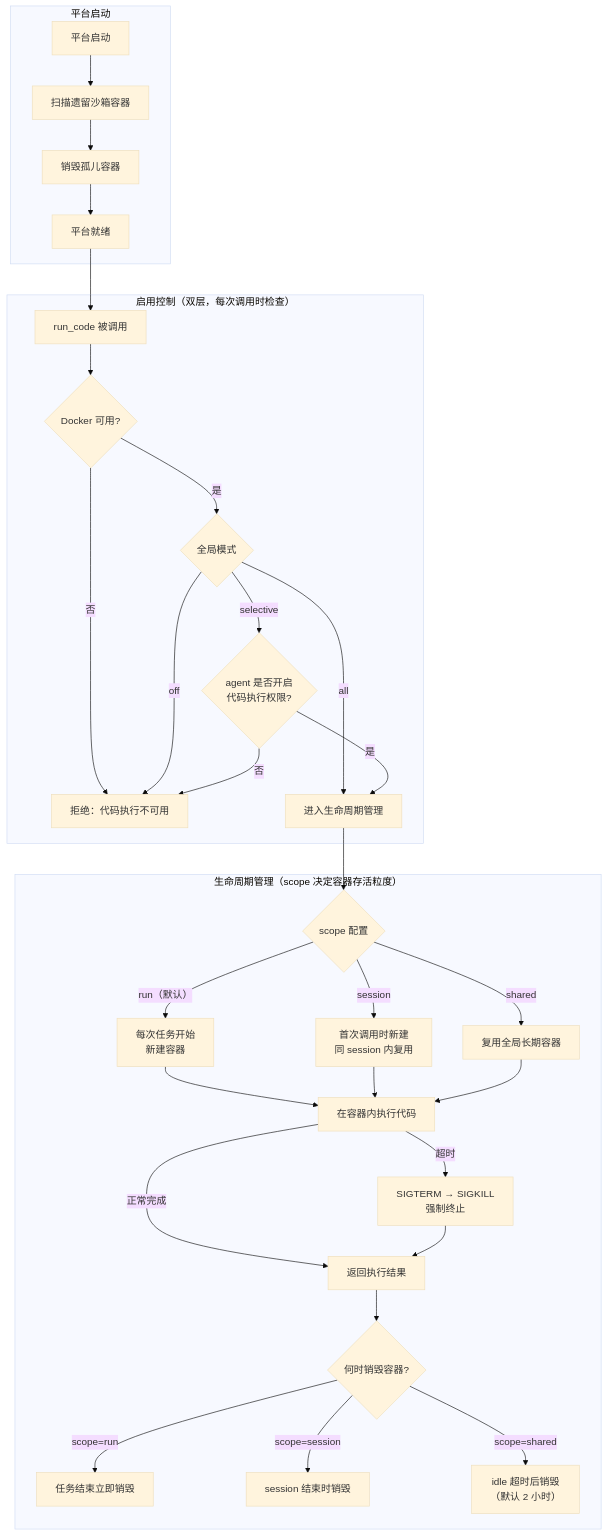
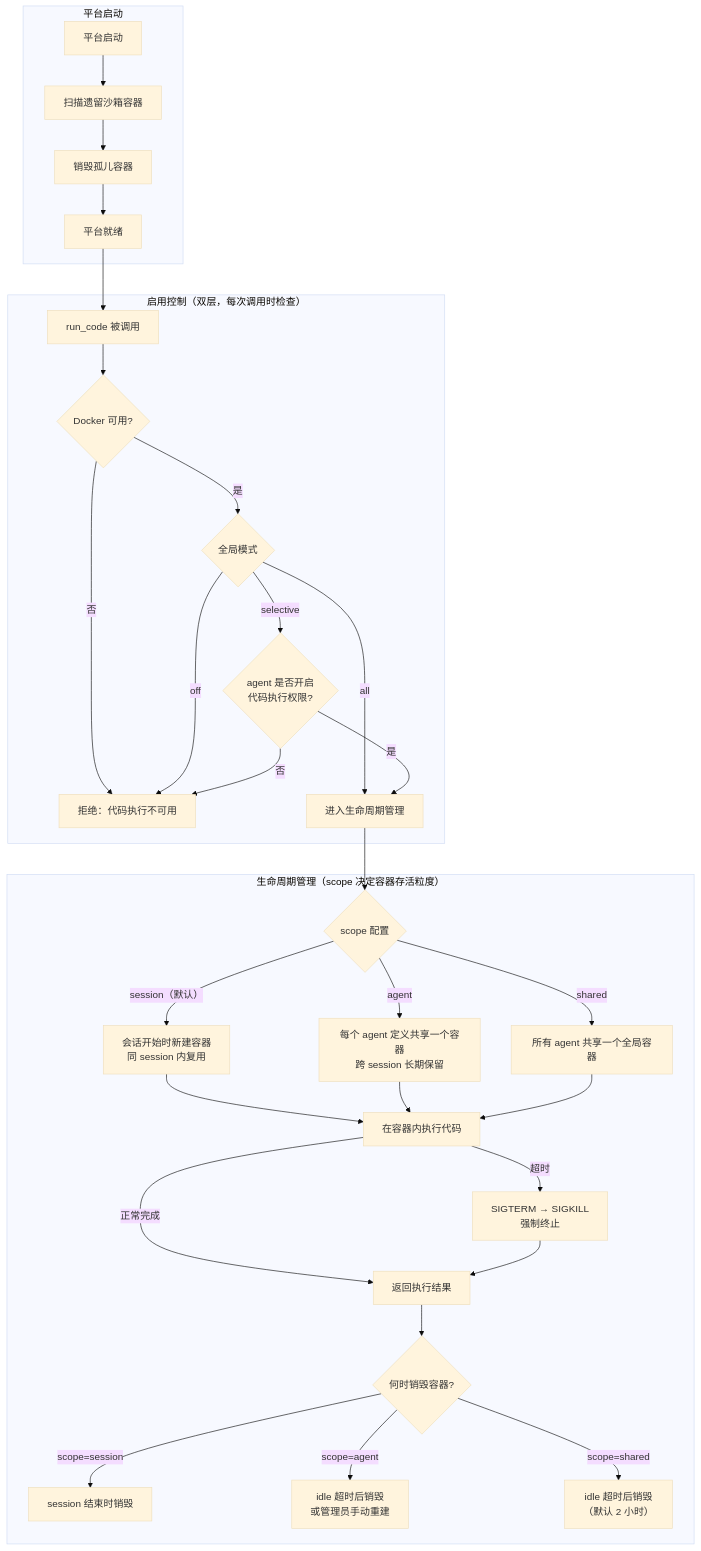
One commit to Summy2104/fleetent changed the fifth of 7 diagrams in docs/capabilities/agent-runtime-guide.md. Above: the diagram before and after it, drawn with Mermaid (base theme). The commit also changed other lines of this file and 1 other file, not shown here.

First line of the commit message:
docs(capabilities): align sandbox scope design with OpenClaw (session/agent/shared)

````diff
--- a/docs/capabilities/agent-runtime-guide.md
+++ b/docs/capabilities/agent-runtime-guide.md
@@ -826,37 +826,37 @@
 ```mermaid
 flowchart TD
     subgraph startup["平台启动"]
         BOOT[平台启动] --> SCAN[扫描遗留沙箱容器]
         SCAN --> RM[销毁孤儿容器]
         RM --> READY[平台就绪]
     end
 
     subgraph enable["启用控制（双层，每次调用时检查）"]
         READY --> REQ[run_code 被调用]
         REQ --> DOCKER{Docker 可用?}
         DOCKER -->|否| OFF[拒绝：代码执行不可用]
         DOCKER -->|是| MODE{全局模式}
         MODE -->|off| OFF
         MODE -->|selective| AGENT{agent 是否开启\n代码执行权限?}
         MODE -->|all| LC
         AGENT -->|是| LC[进入生命周期管理]
         AGENT -->|否| OFF
     end
 
     subgraph lifecycle["生命周期管理（scope 决定容器存活粒度）"]
         LC --> SCOPE{scope 配置}
-        SCOPE -->|"run（默认）"| CR["每次任务开始\n新建容器"]
-        SCOPE -->|session| CS["首次调用时新建\n同 session 内复用"]
-        SCOPE -->|shared| CSH[复用全局长期容器]
+        SCOPE -->|"session（默认）"| CS["会话开始时新建容器\n同 session 内复用"]
+        SCOPE -->|agent| CA["每个 agent 定义共享一个容器\n跨 session 长期保留"]
+        SCOPE -->|shared| CSH[所有 agent 共享一个全局容器]
 
-        CR & CS & CSH --> RUN[在容器内执行代码]
+        CS & CA & CSH --> RUN[在容器内执行代码]
         RUN -->|正常完成| RET[返回执行结果]
         RUN -->|超时| KILL["SIGTERM → SIGKILL\n强制终止"]
         KILL --> RET
 
         RET --> WHEN{何时销毁容器?}
-        WHEN -->|"scope=run"| DR[任务结束立即销毁]
         WHEN -->|"scope=session"| DS[session 结束时销毁]
+        WHEN -->|"scope=agent"| DA["idle 超时后销毁\n或管理员手动重建"]
         WHEN -->|"scope=shared"| DSH["idle 超时后销毁\n（默认 2 小时）"]
     end
 ```
````
